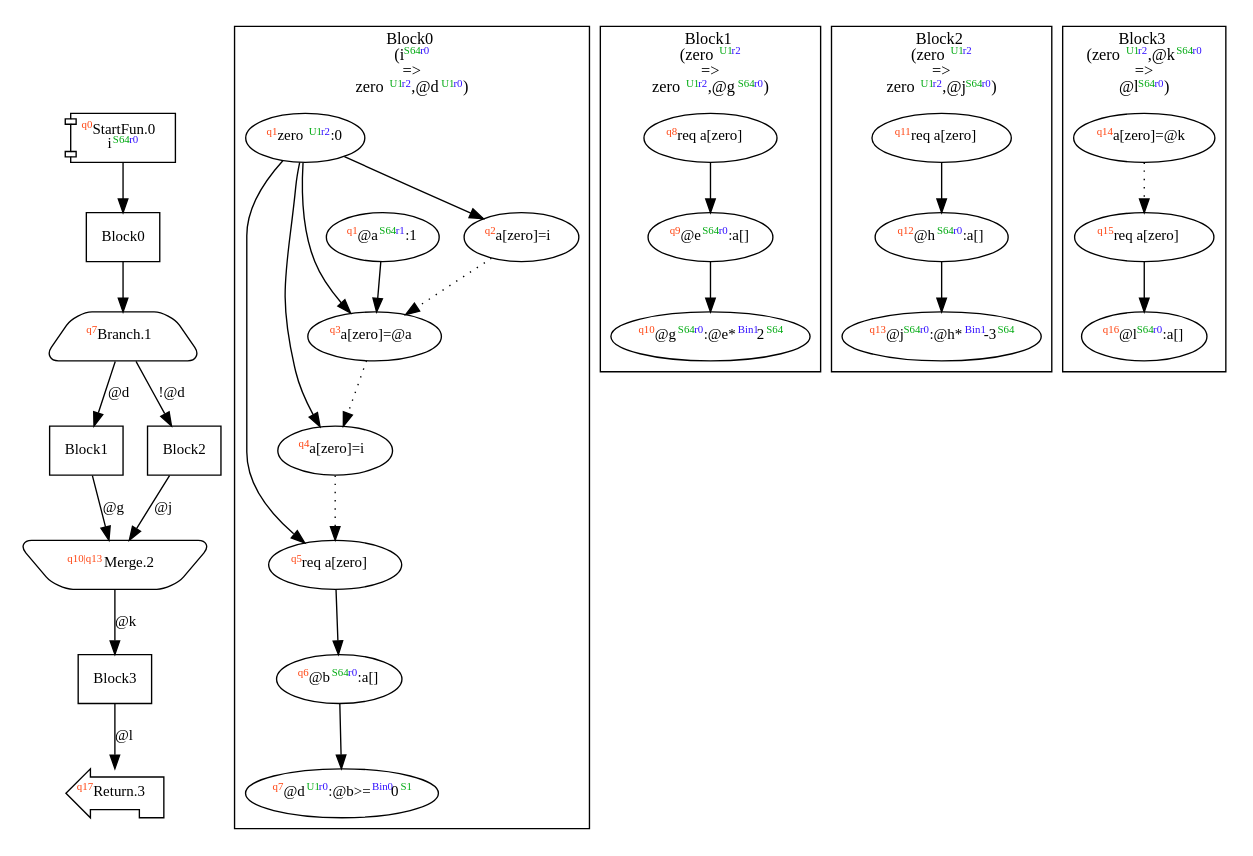
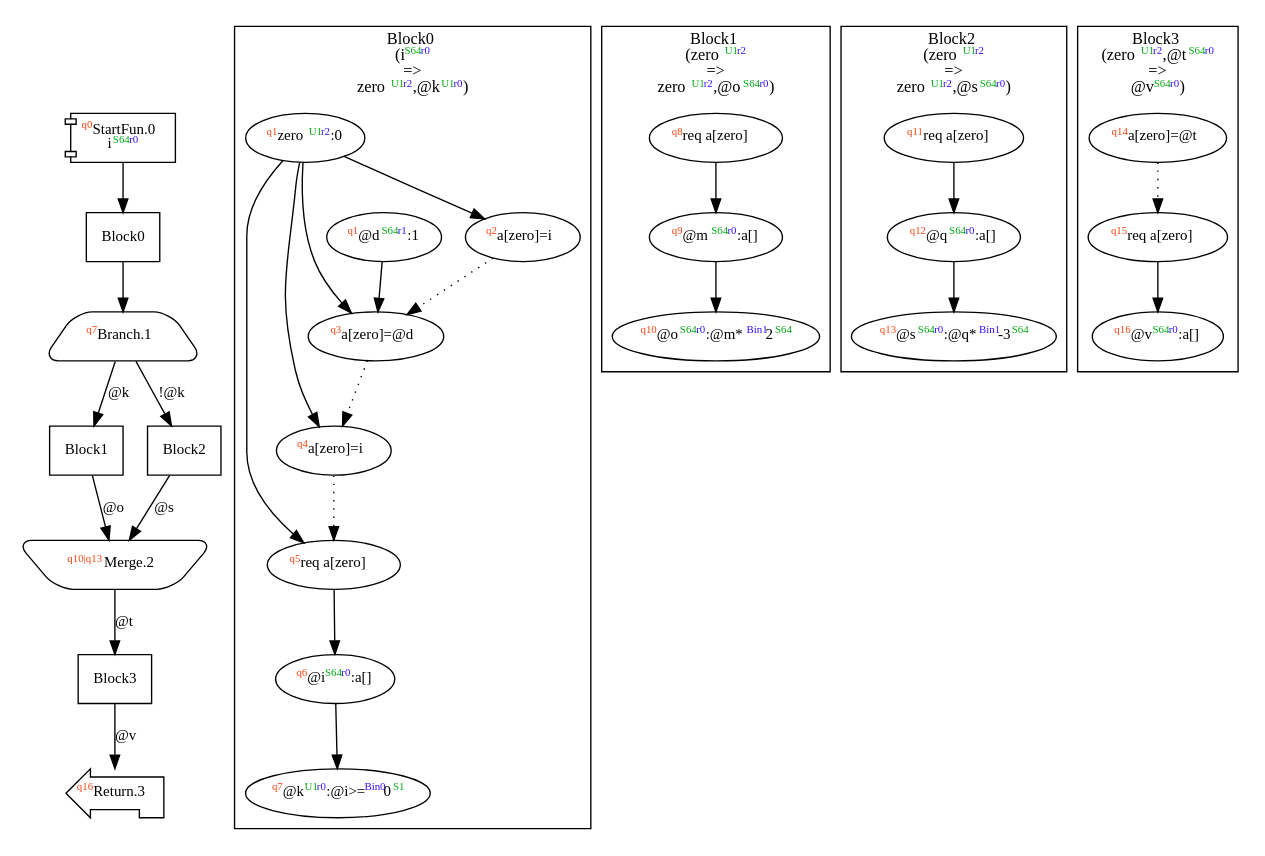
Before and after one commit to akouryy/SyntheScala: the diagram in dist/dependencyTest.dot, drawn with Graphviz. The commit also changed 32 other files, not shown here.

```diff
--- a/dist/dependencyTest.dot
+++ b/dist/dependencyTest.dot
@@ -1,73 +1,73 @@
 digraph Program_ {
   graph [fontname = "Monaco", fontsize = 12, ranksep = 0.5];
   node [shape = box, fontname = "Monaco", fontsize = 11; colorscheme = pastel19];
   edge [fontname = "Monaco", fontsize = 11; colorscheme = pastel19];
   Jump0[label = <<font color="#ff4411" point-size="8"><sup>q0</sup></font>StartFun.0<br/>i<font color="#00aa11" point-size="8"><sup>S64</sup></font><font color="#3311ff" point-size="8"><sup>r0</sup></font>>; shape = component];
   Jump0 -> Block0;
   Jump1[
     label = <<font color="#ff4411" point-size="8"><sup>q7</sup></font>Branch.1>;
     shape = trapezium; style = rounded;
   ];
   Block0 -> Jump1;
-  Jump1 -> Block1 [label=<@d>];
-  Jump1 -> Block2 [label=<!@d>];
+  Jump1 -> Block1 [label=<@k>];
+  Jump1 -> Block2 [label=<!@k>];
   Jump2[label = <<font color="#ff4411" point-size="8"><sup>q10|q13</sup></font>Merge.2>; shape = invtrapezium; style = rounded];
-  Block1 -> Jump2 [label=<@g>];
-  Block2 -> Jump2 [label=<@j>];
-  Jump2 -> Block3 [label=<@k>];
-  Jump3[label = <<font color="#ff4411" point-size="8"><sup>q17</sup></font>Return.3>; shape = lpromoter];
-  Block3 -> Jump3 [label=<@l>];
+  Block1 -> Jump2 [label=<@o>];
+  Block2 -> Jump2 [label=<@s>];
+  Jump2 -> Block3 [label=<@t>];
+  Jump3[label = <<font color="#ff4411" point-size="8"><sup>q16</sup></font>Return.3>; shape = lpromoter];
+  Block3 -> Jump3 [label=<@v>];
   Block0 [label = "Block0"];
   Block1 [label = "Block1"];
   Block2 [label = "Block2"];
   Block3 [label = "Block3"];
   subgraph cluster_dfg_Block0 {
     node [shape = oval];
-    label = <Block0<br/>(i<font color="#00aa11" point-size="8"><sup>S64</sup></font><font color="#3311ff" point-size="8"><sup>r0</sup></font><br/>=&gt;<br/>zero<font color="#00aa11" point-size="8"><sup>U1</sup></font><font color="#3311ff" point-size="8"><sup>r2</sup></font>,@d<font color="#00aa11" point-size="8"><sup>U1</sup></font><font color="#3311ff" point-size="8"><sup>r0</sup></font>)>;
+    label = <Block0<br/>(i<font color="#00aa11" point-size="8"><sup>S64</sup></font><font color="#3311ff" point-size="8"><sup>r0</sup></font><br/>=&gt;<br/>zero<font color="#00aa11" point-size="8"><sup>U1</sup></font><font color="#3311ff" point-size="8"><sup>r2</sup></font>,@k<font color="#00aa11" point-size="8"><sup>U1</sup></font><font color="#3311ff" point-size="8"><sup>r0</sup></font>)>;
     0 [label=<<font color="#ff4411" point-size="8"><sup>q1</sup></font>zero<font color="#00aa11" point-size="8"><sup>U1</sup></font><font color="#3311ff" point-size="8"><sup>r2</sup></font>:0>];
     5 [label=<<font color="#ff4411" point-size="8"><sup>q5</sup></font>req a[zero&#93;>];
     1 [label=<<font color="#ff4411" point-size="8"><sup>q2</sup></font>a[zero&#93;=i>];
-    6 [label=<<font color="#ff4411" point-size="8"><sup>q6</sup></font>@b<font color="#00aa11" point-size="8"><sup>S64</sup></font><font color="#3311ff" point-size="8"><sup>r0</sup></font>:a[&#93;>];
-    2 [label=<<font color="#ff4411" point-size="8"><sup>q1</sup></font>@a<font color="#00aa11" point-size="8"><sup>S64</sup></font><font color="#3311ff" point-size="8"><sup>r1</sup></font>:1>];
-    3 [label=<<font color="#ff4411" point-size="8"><sup>q3</sup></font>a[zero&#93;=@a>];
-    8 [label=<<font color="#ff4411" point-size="8"><sup>q7</sup></font>@d<font color="#00aa11" point-size="8"><sup>U1</sup></font><font color="#3311ff" point-size="8"><sup>r0</sup></font>:@b&gt;=<font color="#3311ff" point-size="8"><sup>Bin0</sup></font>0<font color="#00aa11" point-size="8"><sup>S1</sup></font>>];
+    6 [label=<<font color="#ff4411" point-size="8"><sup>q6</sup></font>@i<font color="#00aa11" point-size="8"><sup>S64</sup></font><font color="#3311ff" point-size="8"><sup>r0</sup></font>:a[&#93;>];
+    2 [label=<<font color="#ff4411" point-size="8"><sup>q1</sup></font>@d<font color="#00aa11" point-size="8"><sup>S64</sup></font><font color="#3311ff" point-size="8"><sup>r1</sup></font>:1>];
+    3 [label=<<font color="#ff4411" point-size="8"><sup>q3</sup></font>a[zero&#93;=@d>];
+    8 [label=<<font color="#ff4411" point-size="8"><sup>q7</sup></font>@k<font color="#00aa11" point-size="8"><sup>U1</sup></font><font color="#3311ff" point-size="8"><sup>r0</sup></font>:@i&gt;=<font color="#3311ff" point-size="8"><sup>Bin0</sup></font>0<font color="#00aa11" point-size="8"><sup>S1</sup></font>>];
     4 [label=<<font color="#ff4411" point-size="8"><sup>q4</sup></font>a[zero&#93;=i>];
     0 -> 1;
     0 -> 3;
     0 -> 4;
     0 -> 5;
     2 -> 3;
     6 -> 8;
     1 -> 3 [style = dotted];
     3 -> 4 [style = dotted];
     4 -> 5 [style = dotted];
     5 -> 6 [style = solid];
   }
   subgraph cluster_dfg_Block1 {
     node [shape = oval];
-    label = <Block1<br/>(zero<font color="#00aa11" point-size="8"><sup>U1</sup></font><font color="#3311ff" point-size="8"><sup>r2</sup></font><br/>=&gt;<br/>zero<font color="#00aa11" point-size="8"><sup>U1</sup></font><font color="#3311ff" point-size="8"><sup>r2</sup></font>,@g<font color="#00aa11" point-size="8"><sup>S64</sup></font><font color="#3311ff" point-size="8"><sup>r0</sup></font>)>;
-    10 [label=<<font color="#ff4411" point-size="8"><sup>q9</sup></font>@e<font color="#00aa11" point-size="8"><sup>S64</sup></font><font color="#3311ff" point-size="8"><sup>r0</sup></font>:a[&#93;>];
+    label = <Block1<br/>(zero<font color="#00aa11" point-size="8"><sup>U1</sup></font><font color="#3311ff" point-size="8"><sup>r2</sup></font><br/>=&gt;<br/>zero<font color="#00aa11" point-size="8"><sup>U1</sup></font><font color="#3311ff" point-size="8"><sup>r2</sup></font>,@o<font color="#00aa11" point-size="8"><sup>S64</sup></font><font color="#3311ff" point-size="8"><sup>r0</sup></font>)>;
+    10 [label=<<font color="#ff4411" point-size="8"><sup>q9</sup></font>@m<font color="#00aa11" point-size="8"><sup>S64</sup></font><font color="#3311ff" point-size="8"><sup>r0</sup></font>:a[&#93;>];
     9 [label=<<font color="#ff4411" point-size="8"><sup>q8</sup></font>req a[zero&#93;>];
-    12 [label=<<font color="#ff4411" point-size="8"><sup>q10</sup></font>@g<font color="#00aa11" point-size="8"><sup>S64</sup></font><font color="#3311ff" point-size="8"><sup>r0</sup></font>:@e*<font color="#3311ff" point-size="8"><sup>Bin1</sup></font>2<font color="#00aa11" point-size="8"><sup>S64</sup></font>>];
+    12 [label=<<font color="#ff4411" point-size="8"><sup>q10</sup></font>@o<font color="#00aa11" point-size="8"><sup>S64</sup></font><font color="#3311ff" point-size="8"><sup>r0</sup></font>:@m*<font color="#3311ff" point-size="8"><sup>Bin1</sup></font>2<font color="#00aa11" point-size="8"><sup>S64</sup></font>>];
     10 -> 12;
     9 -> 10 [style = solid];
   }
   subgraph cluster_dfg_Block2 {
     node [shape = oval];
-    label = <Block2<br/>(zero<font color="#00aa11" point-size="8"><sup>U1</sup></font><font color="#3311ff" point-size="8"><sup>r2</sup></font><br/>=&gt;<br/>zero<font color="#00aa11" point-size="8"><sup>U1</sup></font><font color="#3311ff" point-size="8"><sup>r2</sup></font>,@j<font color="#00aa11" point-size="8"><sup>S64</sup></font><font color="#3311ff" point-size="8"><sup>r0</sup></font>)>;
-    14 [label=<<font color="#ff4411" point-size="8"><sup>q12</sup></font>@h<font color="#00aa11" point-size="8"><sup>S64</sup></font><font color="#3311ff" point-size="8"><sup>r0</sup></font>:a[&#93;>];
+    label = <Block2<br/>(zero<font color="#00aa11" point-size="8"><sup>U1</sup></font><font color="#3311ff" point-size="8"><sup>r2</sup></font><br/>=&gt;<br/>zero<font color="#00aa11" point-size="8"><sup>U1</sup></font><font color="#3311ff" point-size="8"><sup>r2</sup></font>,@s<font color="#00aa11" point-size="8"><sup>S64</sup></font><font color="#3311ff" point-size="8"><sup>r0</sup></font>)>;
+    14 [label=<<font color="#ff4411" point-size="8"><sup>q12</sup></font>@q<font color="#00aa11" point-size="8"><sup>S64</sup></font><font color="#3311ff" point-size="8"><sup>r0</sup></font>:a[&#93;>];
     13 [label=<<font color="#ff4411" point-size="8"><sup>q11</sup></font>req a[zero&#93;>];
-    16 [label=<<font color="#ff4411" point-size="8"><sup>q13</sup></font>@j<font color="#00aa11" point-size="8"><sup>S64</sup></font><font color="#3311ff" point-size="8"><sup>r0</sup></font>:@h*<font color="#3311ff" point-size="8"><sup>Bin1</sup></font>-3<font color="#00aa11" point-size="8"><sup>S64</sup></font>>];
+    16 [label=<<font color="#ff4411" point-size="8"><sup>q13</sup></font>@s<font color="#00aa11" point-size="8"><sup>S64</sup></font><font color="#3311ff" point-size="8"><sup>r0</sup></font>:@q*<font color="#3311ff" point-size="8"><sup>Bin1</sup></font>-3<font color="#00aa11" point-size="8"><sup>S64</sup></font>>];
     14 -> 16;
     13 -> 14 [style = solid];
   }
   subgraph cluster_dfg_Block3 {
     node [shape = oval];
-    label = <Block3<br/>(zero<font color="#00aa11" point-size="8"><sup>U1</sup></font><font color="#3311ff" point-size="8"><sup>r2</sup></font>,@k<font color="#00aa11" point-size="8"><sup>S64</sup></font><font color="#3311ff" point-size="8"><sup>r0</sup></font><br/>=&gt;<br/>@l<font color="#00aa11" point-size="8"><sup>S64</sup></font><font color="#3311ff" point-size="8"><sup>r0</sup></font>)>;
-    17 [label=<<font color="#ff4411" point-size="8"><sup>q14</sup></font>a[zero&#93;=@k>];
-    19 [label=<<font color="#ff4411" point-size="8"><sup>q16</sup></font>@l<font color="#00aa11" point-size="8"><sup>S64</sup></font><font color="#3311ff" point-size="8"><sup>r0</sup></font>:a[&#93;>];
+    label = <Block3<br/>(zero<font color="#00aa11" point-size="8"><sup>U1</sup></font><font color="#3311ff" point-size="8"><sup>r2</sup></font>,@t<font color="#00aa11" point-size="8"><sup>S64</sup></font><font color="#3311ff" point-size="8"><sup>r0</sup></font><br/>=&gt;<br/>@v<font color="#00aa11" point-size="8"><sup>S64</sup></font><font color="#3311ff" point-size="8"><sup>r0</sup></font>)>;
+    17 [label=<<font color="#ff4411" point-size="8"><sup>q14</sup></font>a[zero&#93;=@t>];
+    19 [label=<<font color="#ff4411" point-size="8"><sup>q16</sup></font>@v<font color="#00aa11" point-size="8"><sup>S64</sup></font><font color="#3311ff" point-size="8"><sup>r0</sup></font>:a[&#93;>];
     18 [label=<<font color="#ff4411" point-size="8"><sup>q15</sup></font>req a[zero&#93;>];
     17 -> 18 [style = dotted];
     18 -> 19 [style = solid];
   }
 }
```
